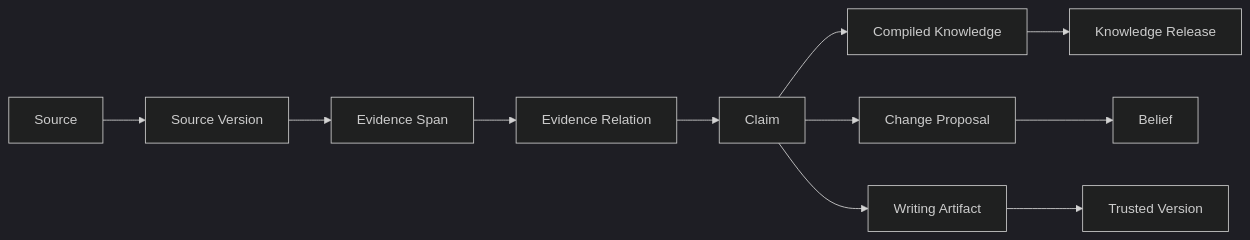
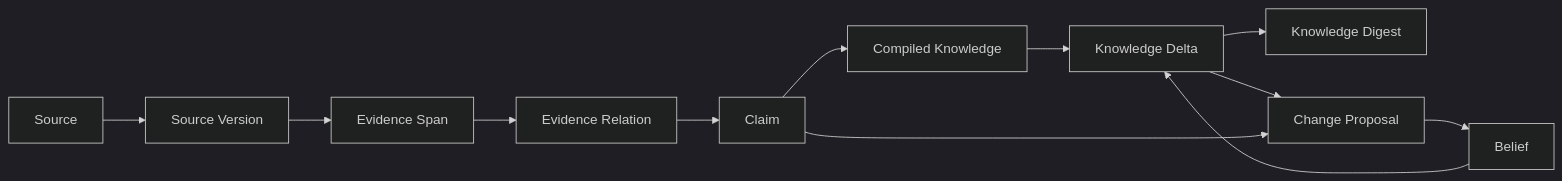
The first of 2 diagrams in docs/product/一期产品与技术方案.md (FlyAIBox/fly-wiki), drawn with Mermaid (dark theme) before and after one commit. The commit also changed other lines of this file and 15 other files, not shown here.

````diff
--- a/docs/product/一期产品与技术方案.md
+++ b/docs/product/一期产品与技术方案.md
@@ -183,13 +167,14 @@
 ```mermaid
 flowchart LR
     S["Source"] --> SV["Source Version"]
     SV --> ES["Evidence Span"]
     ES --> ER["Evidence Relation"]
     ER --> C["Claim"]
     C --> CK["Compiled Knowledge"]
+    CK --> KD["Knowledge Delta"]
+    B --> KD
+    KD --> DIGEST["Knowledge Digest"]
+    KD --> CP
     C --> CP["Change Proposal"]
     CP --> B["Belief"]
-    CK --> KR["Knowledge Release"]
-    C --> WA["Writing Artifact"]
-    WA --> TV["Trusted Version"]
 ```
````
